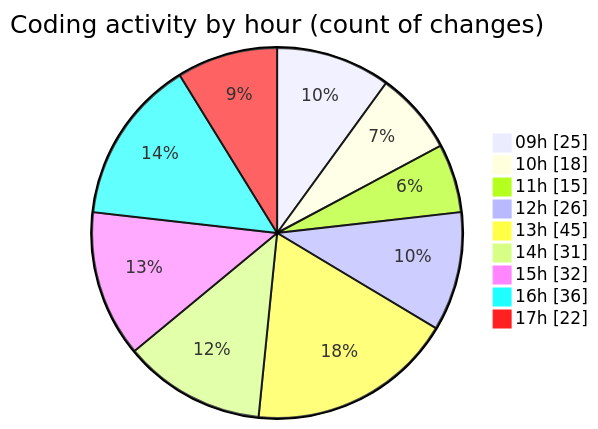
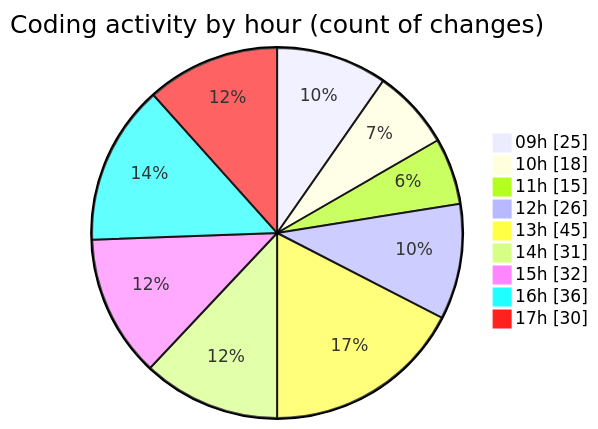
The second of 2 diagrams in 2025-03-13/cda/README.md (momahboobian/code-tracking), drawn with Mermaid before and after one commit. The commit also changed other lines of this file and 1 other file, not shown here.

````diff
--- a/2025-03-13/cda/README.md
+++ b/2025-03-13/cda/README.md
@@ -44,13 +44,13 @@
 ```mermaid
 pie showData
 title Coding activity by hour (count of changes)
 "09h" : 25
 "10h" : 18
 "11h" : 15
 "12h" : 26
 "13h" : 45
 "14h" : 31
 "15h" : 32
 "16h" : 36
-"17h" : 22
+"17h" : 30
 ```
````
